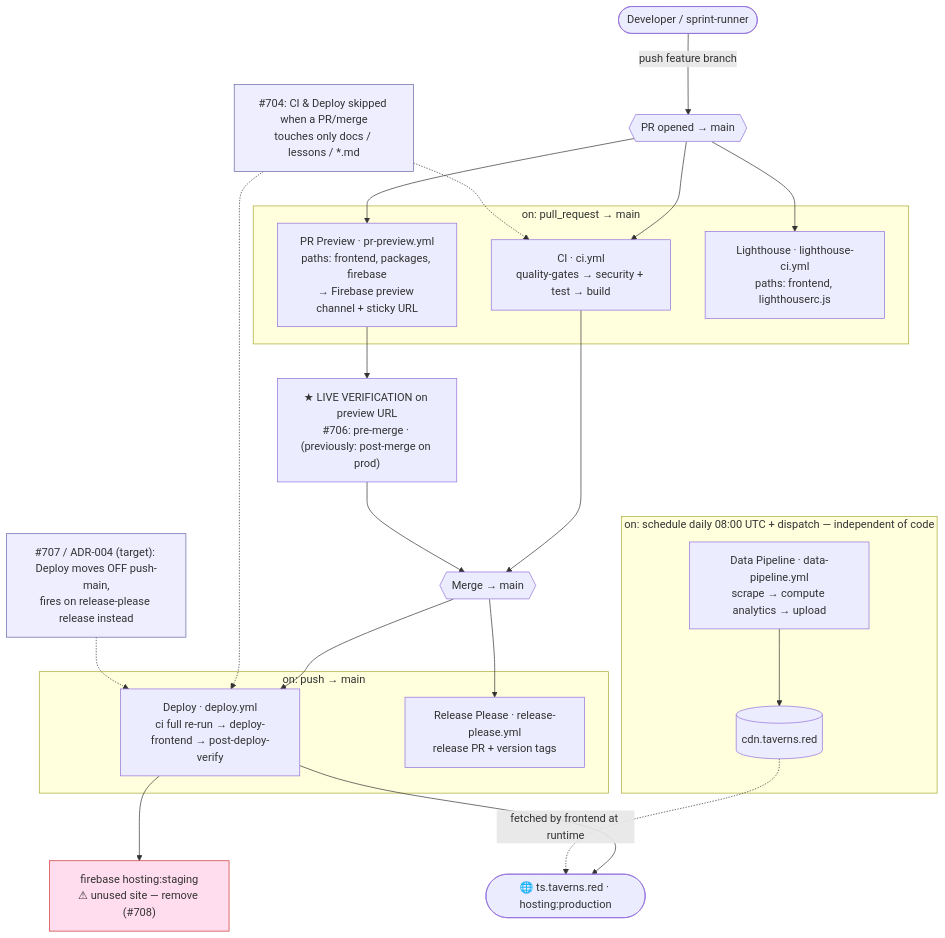
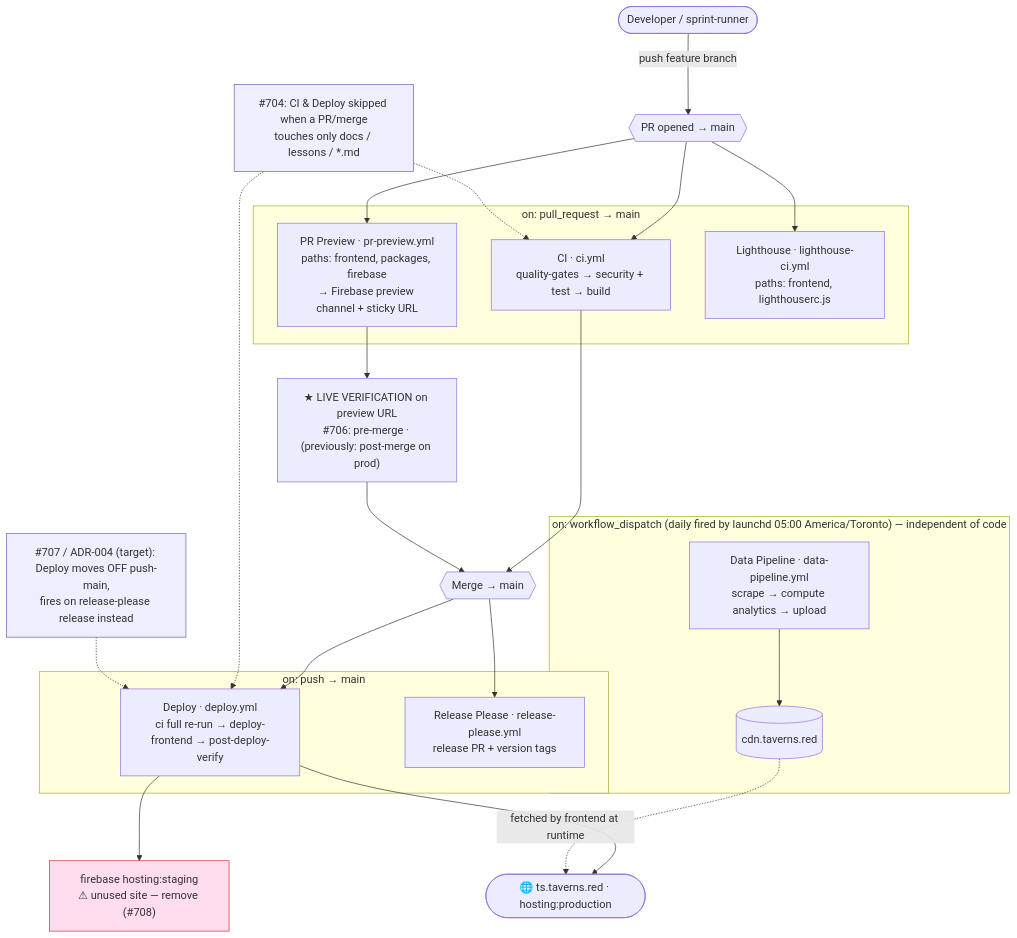
Before and after one commit to taverns-red/toast-stats: the diagram in docs/ci-cd-flow.md, drawn with Mermaid. The commit also changed 2 other files, not shown here.

Commit message:
docs(pipeline): correct daily trigger and validate-snapshots coverage (#1772)
The daily run is dispatch-only (launchd at 05:00 America/Toronto, #1242),
not scheduled at 08:00/11:00 UTC; the quarterly prune cron is not wired.
The snapshot schema gate now runs in rebuild/rescrape/rescrape-historical
via process-dates.sh step 9 (ADR-015 step 1), not only daily. Lists the
two backfill modes.

Claude-Session: https://claude.ai/code/session_01UoDAeCSB8TRy6Pxdzh5ThT

````diff
--- a/docs/ci-cd-flow.md
+++ b/docs/ci-cd-flow.md
@@ -7,43 +7,43 @@
 ```mermaid
 flowchart TD
     Dev([Developer / sprint-runner]) -->|push feature branch| PR{{PR opened → main}}
 
     subgraph PRphase["on: pull_request → main"]
         CI["CI · ci.yml<br/>quality-gates → security + test → build"]
         Preview["PR Preview · pr-preview.yml<br/>paths: frontend, packages, firebase<br/>→ Firebase preview channel + sticky URL"]
         LH["Lighthouse · lighthouse-ci.yml<br/>paths: frontend, lighthouserc.js"]
     end
     PR --> CI
     PR --> Preview
     PR --> LH
 
     Preview --> Verify["★ LIVE VERIFICATION on preview URL<br/>#706: pre-merge · (previously: post-merge on prod)"]
     CI --> Merge{{Merge → main}}
     Verify --> Merge
 
     subgraph Mainphase["on: push → main"]
         Deploy["Deploy · deploy.yml<br/>ci full re-run → deploy-frontend → post-deploy-verify"]
         RP["Release Please · release-please.yml<br/>release PR + version tags"]
     end
     Merge --> Deploy
     Merge --> RP
     Deploy --> Staging["firebase hosting:staging<br/>⚠ unused site — remove (#708)"]
     Deploy --> Prod([🌐 ts.taverns.red · hosting:production])
 
-    subgraph Data["on: schedule daily 08:00 UTC + dispatch — independent of code"]
+    subgraph Data["on: workflow_dispatch (daily fired by launchd 05:00 America/Toronto) — independent of code"]
         Scrape["Data Pipeline · data-pipeline.yml<br/>scrape → compute analytics → upload"] --> CDN[(cdn.taverns.red)]
     end
     CDN -.->|fetched by frontend at runtime| Prod
 
     Note["#704: CI & Deploy skipped when a PR/merge<br/>touches only docs / lessons / *.md"]
     Note -.-> CI
     Note -.-> Deploy
 
     Future["#707 / ADR-004 (target): Deploy moves OFF push-main,<br/>fires on release-please release instead"]
     Future -.-> Deploy
 
     classDef warn fill:#fde,stroke:#c33;
     classDef note fill:#eef,stroke:#66a;
     class Staging warn;
     class Note,Future note;
 ```
````
